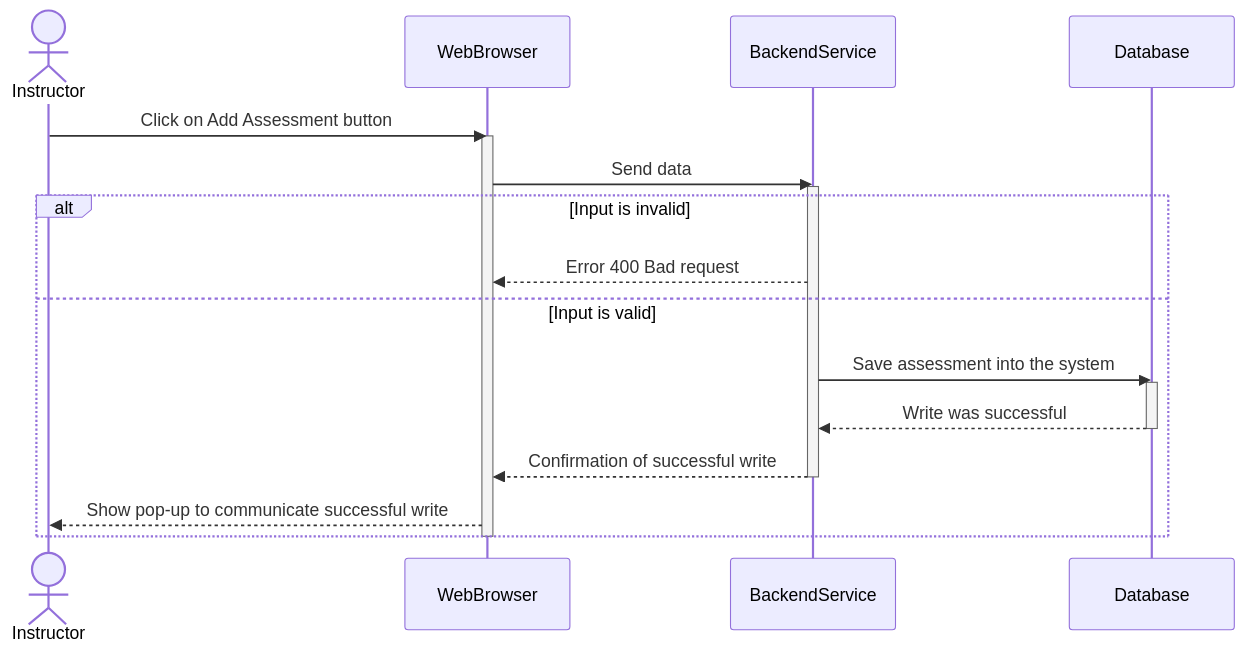
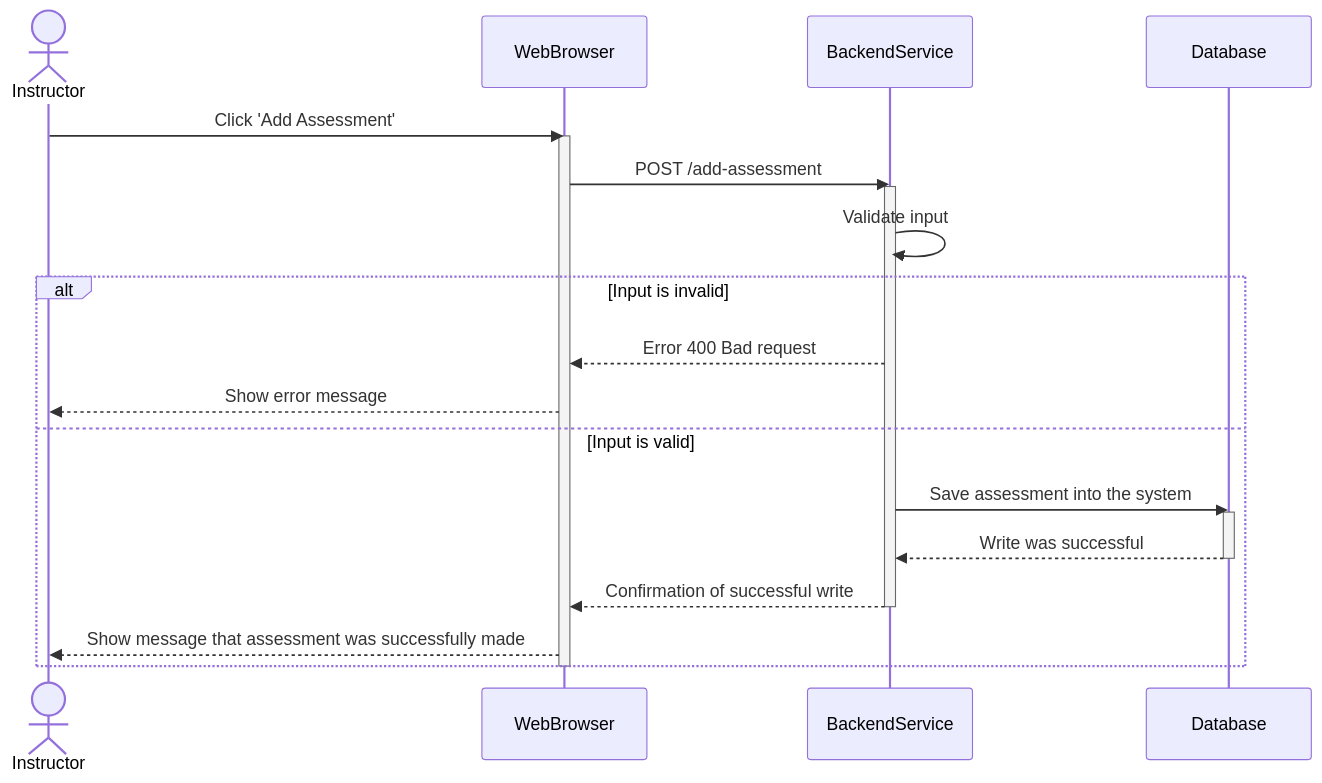
The diagram in COMP2511/25T3/T14C/tute08/mermaid.md (jamesandpanda/tutorials), drawn with Mermaid before and after one commit. The commit also changed 3 other files, not shown here.

Commit message:
week 8: add mermaid diagrams and slides

````diff
--- a/COMP2511/25T3/T14C/tute08/mermaid.md
+++ b/COMP2511/25T3/T14C/tute08/mermaid.md
@@ -1,25 +1,39 @@
 ```mermaid
 sequenceDiagram
+    # You should declare your actor and components in the order that messages will be communicated.
+    # For example, if the message order will be User -> A -> B -> C, you should declare the User (actor)
+    # first, then A, B and C (the participants).
     actor Instructor
     participant WebBrowser
     participant BackendService
     participant Database
 
-    Instructor->>WebBrowser: Click on Add Assessment button
+    # ->> denotes a synchronous request - this should almost always be followed up by some sort of
+    # response later down the line, denoted by -->>
+    Instructor->>WebBrowser: Click 'Add Assessment'
+
+    # This creates the activation box, since the web browser is now active.
+    # This must be followed by a deactivate WebBrowser later down the line.
+    # Activation order works like a stack; the most recently activated component will also be the next
+    # component that should be deactivated.
     activate WebBrowser
-    WebBrowser->>BackendService: Send data
+    WebBrowser->>BackendService: POST /add-assessment # POST HTTP request
     activate BackendService
+    BackendService->>BackendService: Validate input
 
+    # Branching conditions; general structure is alt ... else ... end
     alt Input is invalid
-    BackendService-->>WebBrowser: Error 400 Bad request
+        BackendService-->>WebBrowser: Error 400 Bad request
+        WebBrowser-->>Instructor: Show error message
     else Input is valid
-    BackendService->>Database: Save assessment into the system
-    activate Database
-    Database-->>BackendService: Write was successful
-    deactivate Database
-    BackendService-->>WebBrowser: Confirmation of successful write
-    deactivate BackendService
-    WebBrowser-->>Instructor: Show pop-up to communicate successful write
+        BackendService->>Database: Save assessment into the system
+        activate Database
+        Database-->>BackendService: Write was successful
+        deactivate Database
+        BackendService-->>WebBrowser: Confirmation of successful write
+        deactivate BackendService
+        WebBrowser-->>Instructor: Show message that assessment was successfully made
     end
+
     deactivate WebBrowser 
 ```
````
